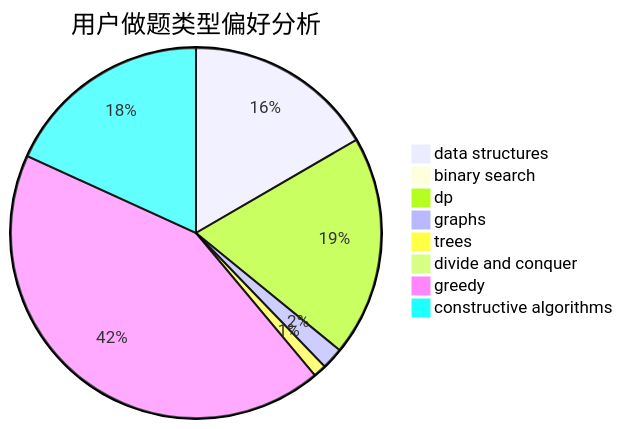
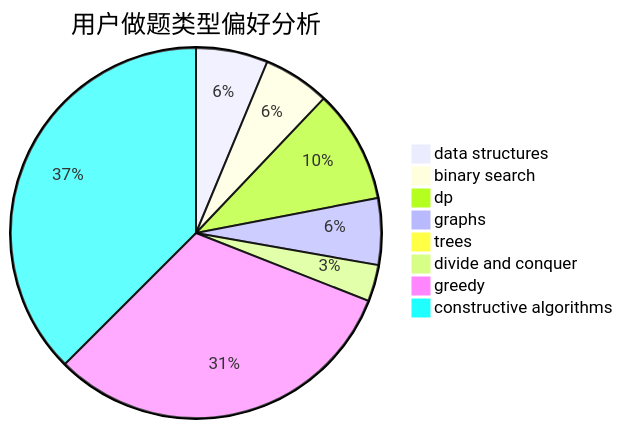
Before and after one commit to sherpahu/cfrs.github.io: the second of 3 diagrams in docs/user/u858.md, drawn with Mermaid. The commit also changed other lines of this file and 2770 other files, not shown here.

````diff
--- a/docs/user/u858.md
+++ b/docs/user/u858.md
@@ -23,11 +23,11 @@
 ```mermaid
 pie title 用户做题类型偏好分析
-    "data structures" :  542
-    "binary search" :  30
-    "dp" :  628
-    "graphs" :  62
-    "trees" :  37
-    "divide and conquer" :  11
-    "greedy" :  1398
-    "constructive algorithms" :  593
+    "data structures" :  122
+    "binary search" :  113
+    "dp" :  192
+    "graphs" :  113
+    "trees" :  18
+    "divide and conquer" :  62
+    "greedy" :  613
+    "constructive algorithms" :  729
 ```
````
